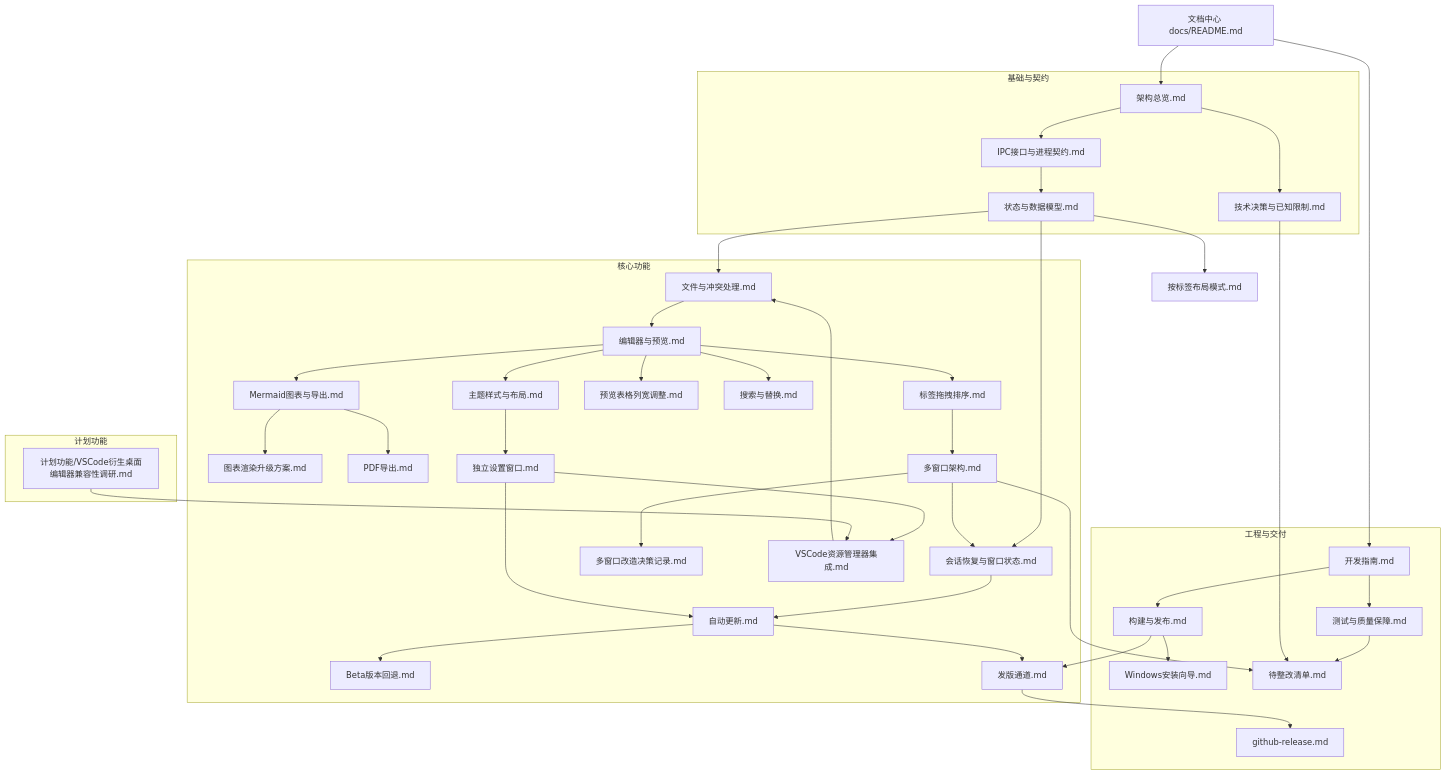
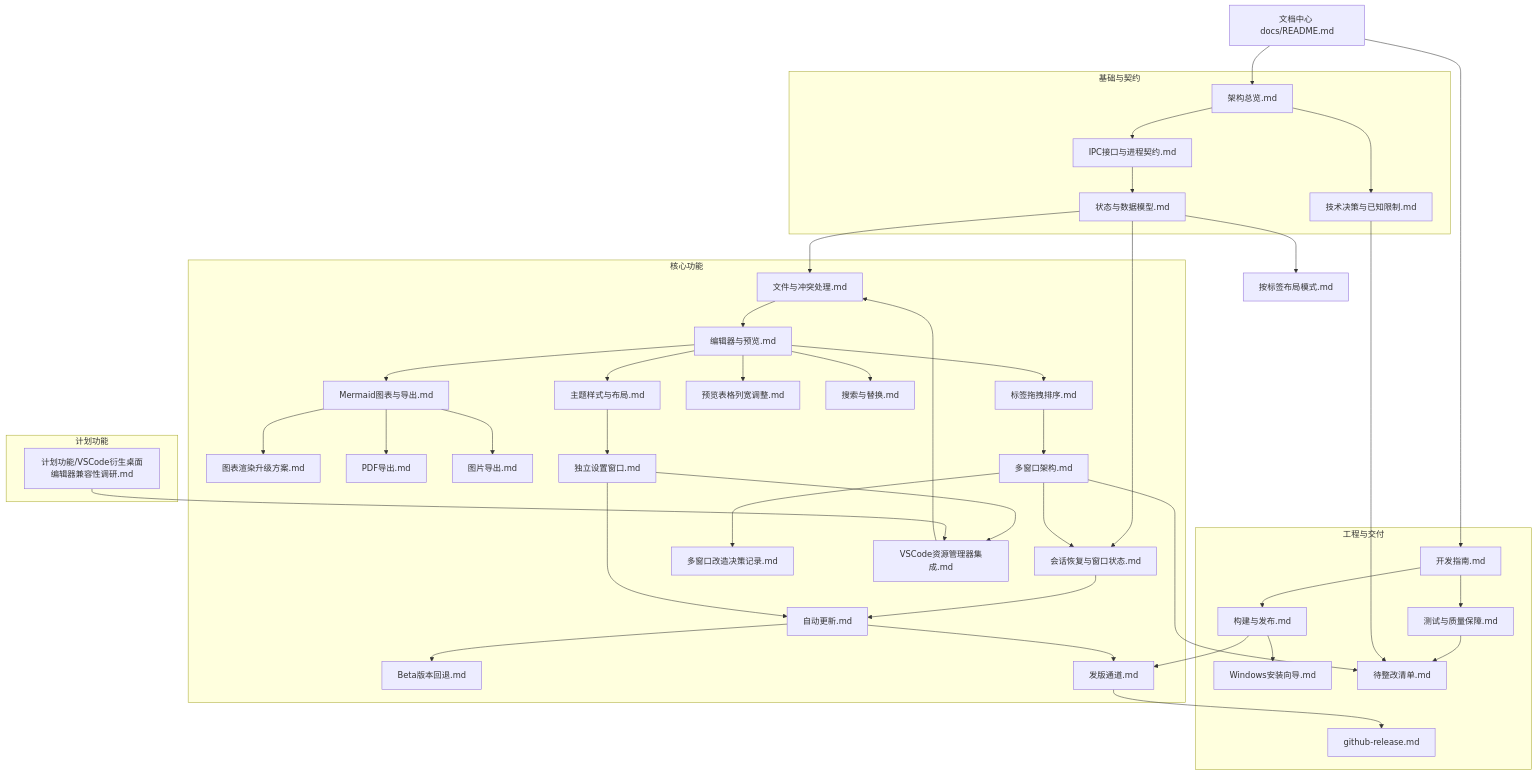
The diagram in docs/README.md (Harley-xk/mark-it), drawn with Mermaid before and after one commit. The commit also changed other lines of this file and 24 other files, not shown here.

Commit message:
feat(export): 新增当前文档 PNG 长图导出

````diff
--- a/docs/README.md
+++ b/docs/README.md
@@ -14,80 +14,82 @@
 ```mermaid
 flowchart TD
   IDX["文档中心 docs/README.md"]
 
   subgraph 基础与契约
     ARCH["架构总览.md"]
     DEC["技术决策与已知限制.md"]
     IPC["IPC接口与进程契约.md"]
     DATA["状态与数据模型.md"]
   end
 
   subgraph 核心功能
     FILE["文件与冲突处理.md"]
     SESSION["会话恢复与窗口状态.md"]
     EDIT["编辑器与预览.md"]
     THEME["主题样式与布局.md"]
     MERMAID["Mermaid图表与导出.md"]
     DIAGRAM["图表渲染升级方案.md"]
     PDF["PDF导出.md"]
+    IMAGE["图片导出.md"]
     TABLE["预览表格列宽调整.md"]
     SEARCH["搜索与替换.md"]
     TABORDER["标签拖拽排序.md"]
     MULTI["多窗口架构.md"]
     MULTIDEC["多窗口改造决策记录.md"]
     UPDATE["自动更新.md"]
     ROLLBACK["Beta版本回退.md"]
     CHANNEL["发版通道.md"]
     VSCODE["VSCode资源管理器集成.md"]
     SETTINGS["独立设置窗口.md"]
   end
 
   subgraph 工程与交付
     BUILD["构建与发布.md"]
     INSTALLER["Windows安装向导.md"]
     RELEASE["github-release.md"]
     DEV["开发指南.md"]
     QA["测试与质量保障.md"]
     TODO["待整改清单.md"]
   end
 
   subgraph PLANNED["计划功能"]
     VSRESEARCH["计划功能/VSCode衍生桌面编辑器兼容性调研.md"]
   end
 
   IDX --> ARCH
   IDX --> DEV
   ARCH --> DEC
   ARCH --> IPC
   IPC --> DATA
   DATA --> FILE
   DATA --> SESSION
   DATA --> LAYOUT["按标签布局模式.md"]
   FILE --> EDIT
   EDIT --> THEME
   EDIT --> MERMAID
   MERMAID --> DIAGRAM
   EDIT --> TABLE
   EDIT --> SEARCH
   EDIT --> TABORDER
   MERMAID --> PDF
+  MERMAID --> IMAGE
   SESSION --> UPDATE
   UPDATE --> ROLLBACK
   UPDATE --> CHANNEL
   THEME --> SETTINGS
   SETTINGS --> UPDATE
   SETTINGS --> VSCODE
   VSCODE --> FILE
   DEV --> QA
   DEV --> BUILD
   BUILD --> INSTALLER
   BUILD --> CHANNEL
   CHANNEL --> RELEASE
   QA --> TODO
   DEC --> TODO
   TABORDER --> MULTI
   MULTI --> SESSION
   MULTI --> MULTIDEC
   MULTI --> TODO
   VSRESEARCH --> VSCODE
 ```
````
